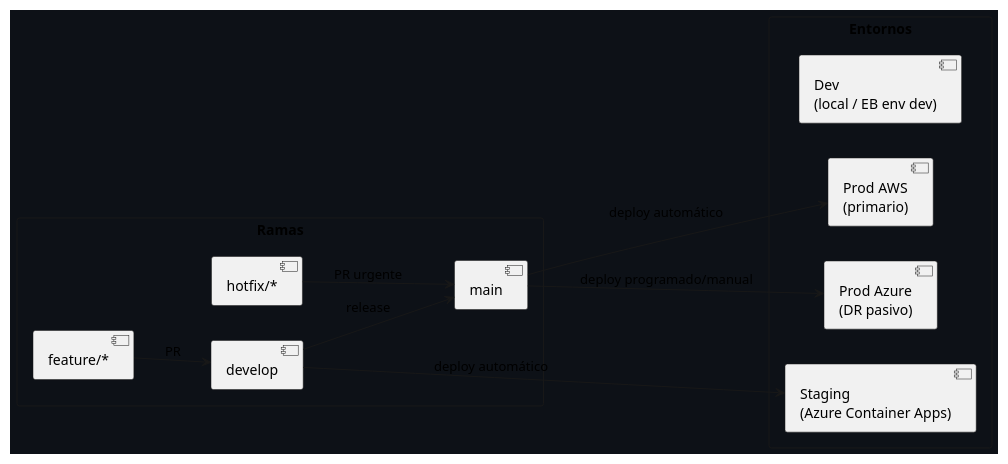
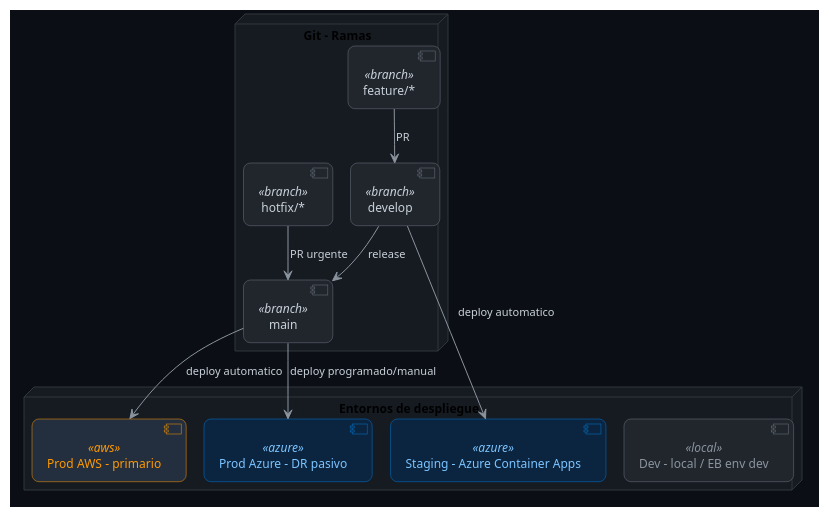
Before and after one commit to Aisaac123/KeyNography-: the seventh of 11 diagrams in docs/despliegue-multicloud.md, drawn with PlantUML. The commit also changed other lines of this file, not shown here.

Commit message:
diagrams docs fix

````diff
--- a/docs/despliegue-multicloud.md
+++ b/docs/despliegue-multicloud.md
@@ -399,27 +696,64 @@
 ```plantuml
 @startuml Estrategia de Ramas y Entornos
-left to right direction
-skinparam backgroundColor #0d1117
+!pragma layout smetana
+skinparam backgroundColor #0B0E14
 skinparam shadowing false
+skinparam defaultFontName "Segoe UI"
+skinparam defaultFontSize 12
+skinparam roundcorner 14
+skinparam nodesep 45
+skinparam ranksep 60
+skinparam ArrowColor #8B949E
+skinparam ArrowFontColor #C9D1D9
+skinparam ArrowFontSize 11
+skinparam node {
+  BackgroundColor #161B22
+  BorderColor #30363D
+}
+skinparam component {
+  BackgroundColor #21262D
+  BorderColor #58A6FF
+  FontColor #C9D1D9
+}
+skinparam component<<branch>> {
+  BackgroundColor #21262D
+  BorderColor #6E7681
+  FontColor #C9D1D9
+}
+skinparam component<<aws>> {
+  BackgroundColor #232F3E
+  BorderColor #FF9900
+  FontColor #FF9900
+}
+skinparam component<<azure>> {
+  BackgroundColor #0B2540
+  BorderColor #0078D4
+  FontColor #7CC4FF
+}
+skinparam component<<local>> {
+  BackgroundColor #21262D
+  BorderColor #6E7681
+  FontColor #8B949E
+}
 
-rectangle "Ramas" {
-  component "feature/*" as f
-  component "develop" as d
-  component "main" as m
-  component "hotfix/*" as h
+node "Git - Ramas" {
+  component "feature/*" as f <<branch>>
+  component "develop" as d <<branch>>
+  component "main" as m <<branch>>
+  component "hotfix/*" as h <<branch>>
 }
-rectangle "Entornos" {
-  component "Dev\n(local / EB env dev)" as ed
-  component "Staging\n(Azure Container Apps)" as es
-  component "Prod AWS\n(primario)" as ep
-  component "Prod Azure\n(DR pasivo)" as edr
+node "Entornos de despliegue" {
+  component "Dev - local / EB env dev" as ed <<local>>
+  component "Staging - Azure Container Apps" as es <<azure>>
+  component "Prod AWS - primario" as ep <<aws>>
+  component "Prod Azure - DR pasivo" as edr <<azure>>
 }
 
 f --> d : PR
+d --> m : release
 h --> m : PR urgente
-d --> m : release
-m --> ep : deploy automático
-d --> es : deploy automático
+m --> ep : deploy automatico
+d --> es : deploy automatico
 m --> edr : deploy programado/manual
 @enduml
 ```
````
